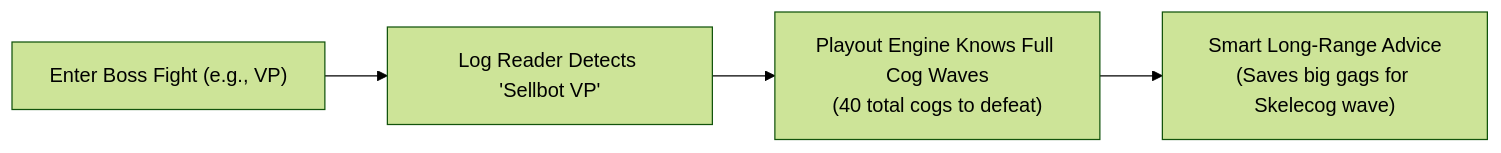
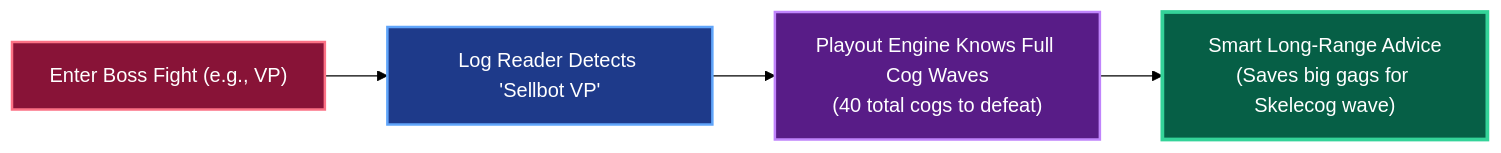
Before and after one commit to Angle-Brackets/TTRSolver: the fourth of 5 diagrams in docs/user-guide.md, drawn with Mermaid (forest theme). The commit also changed other lines of this file and 9 other files, not shown here.

Commit message:
docs: color-code all Mermaid diagrams with distinct visual themes

````diff
--- a/docs/user-guide.md
+++ b/docs/user-guide.md
@@ -293,6 +327,16 @@
 ```mermaid
 flowchart LR
+    classDef bossNode fill:#881337,stroke:#fb7185,stroke-width:2px,color:#ffffff
+    classDef logNode fill:#1e3a8a,stroke:#60a5fa,stroke-width:2px,color:#ffffff
+    classDef waveNode fill:#581c87,stroke:#c084fc,stroke-width:2px,color:#ffffff
+    classDef adviceNode fill:#065f46,stroke:#34d399,stroke-width:3px,color:#ffffff
+
     A["Enter Boss Fight (e.g., VP)"] --> B["Log Reader Detects 'Sellbot VP'"]
     B --> C["Playout Engine Knows Full Cog Waves<br/>(40 total cogs to defeat)"]
     C --> D["Smart Long-Range Advice<br/>(Saves big gags for Skelecog wave)"]
+
+    class A bossNode
+    class B logNode
+    class C waveNode
+    class D adviceNode
 ```
````
